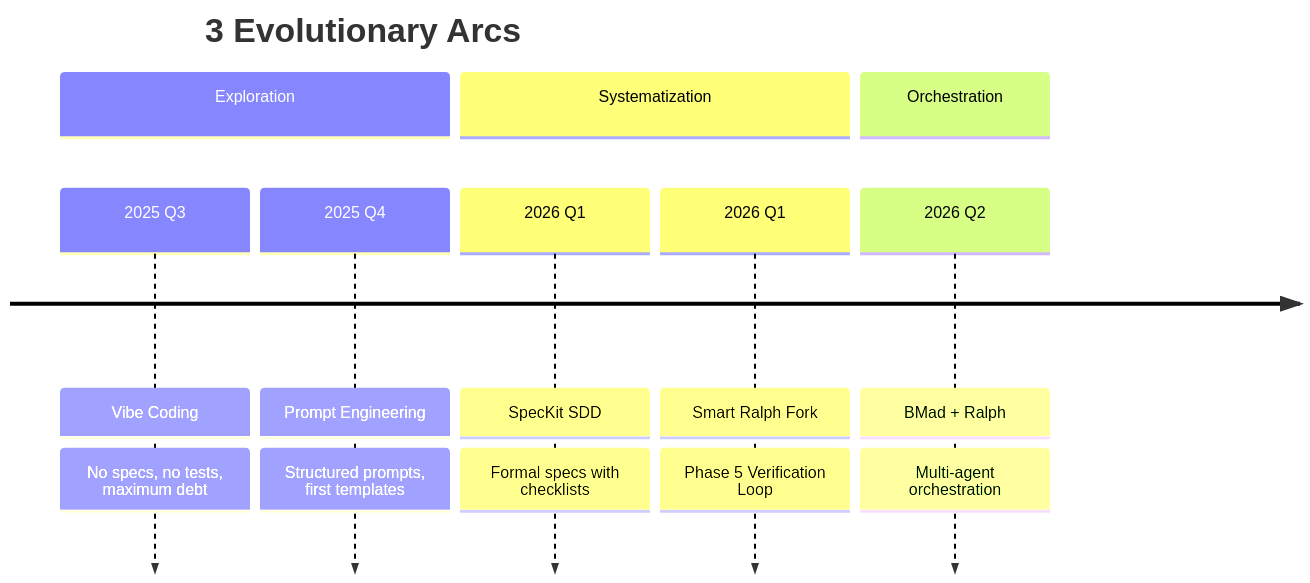
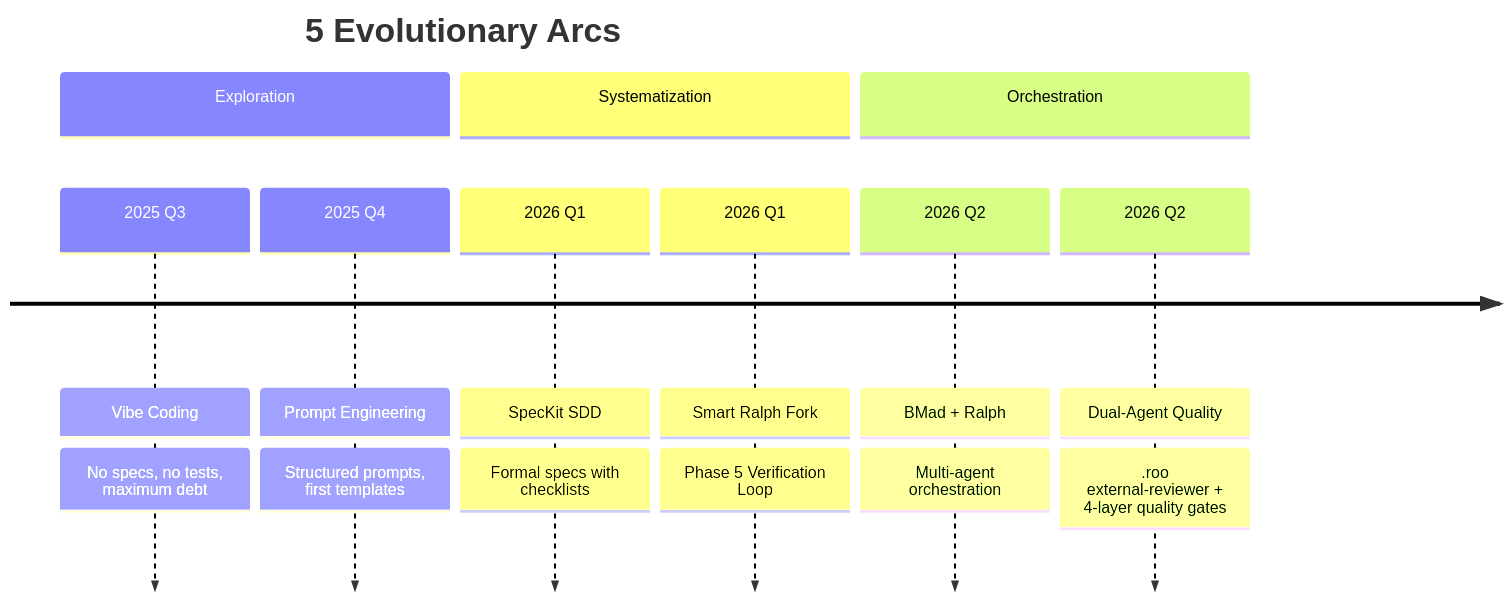
One commit to informatico-madrid/ha-ev-trip-planner changed the first of 2 diagrams in _ai/PORTFOLIO.md. Above: the diagram before and after it, drawn with Mermaid. The commit also changed other lines of this file and 206 other files, not shown here.

````diff
--- a/_ai/PORTFOLIO.md
+++ b/_ai/PORTFOLIO.md
@@ -75,12 +75,13 @@
 ```mermaid
 timeline
-    title 3 Evolutionary Arcs
+    title 5 Evolutionary Arcs
     section Exploration
         2025 Q3 : Vibe Coding : No specs, no tests, maximum debt
         2025 Q4 : Prompt Engineering : Structured prompts, first templates
     section Systematization
         2026 Q1 : SpecKit SDD : Formal specs with checklists
         2026 Q1 : Smart Ralph Fork : Phase 5 Verification Loop
     section Orchestration
         2026 Q2 : BMad + Ralph : Multi-agent orchestration
+        2026 Q2 : Dual-Agent Quality : .roo external-reviewer + 4-layer quality gates
 ```
````
